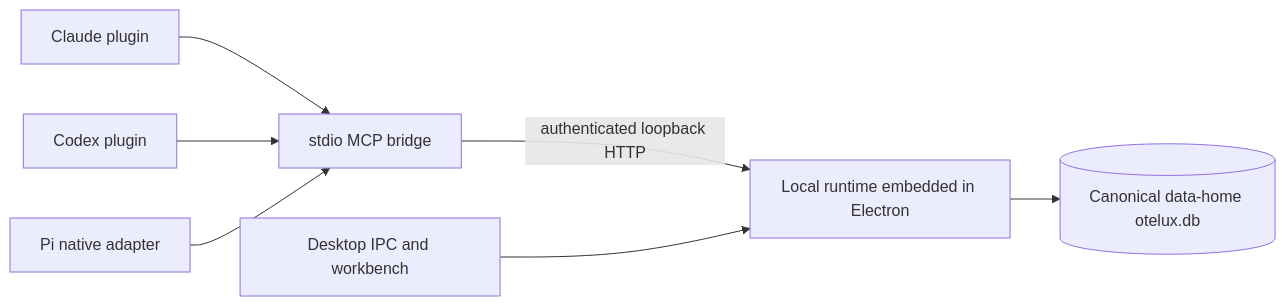
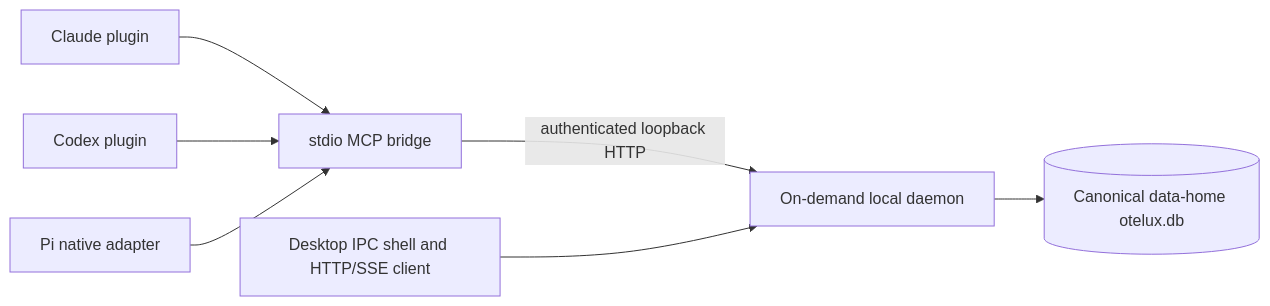
One commit to b1tank/otelux changed the second of 2 diagrams in docs/arch.md. Above: the diagram before and after it, drawn with Mermaid. The commit also changed other lines of this file and 10 other files, not shown here.

````diff
--- a/docs/arch.md
+++ b/docs/arch.md
@@ -227,9 +227,9 @@
 ```mermaid
 flowchart LR
     Claude[Claude plugin] --> Bridge[stdio MCP bridge]
     Codex[Codex plugin] --> Bridge
     Pi[Pi native adapter] --> Bridge
-    Bridge -->|authenticated loopback HTTP| Runtime[Local runtime embedded in Electron]
-    Desktop[Desktop IPC and workbench] --> Runtime
+    Bridge -->|authenticated loopback HTTP| Runtime[On-demand local daemon]
+    Desktop[Desktop IPC shell and HTTP/SSE client] --> Runtime
     Runtime --> DB[(Canonical data-home otelux.db)]
 ```
````
